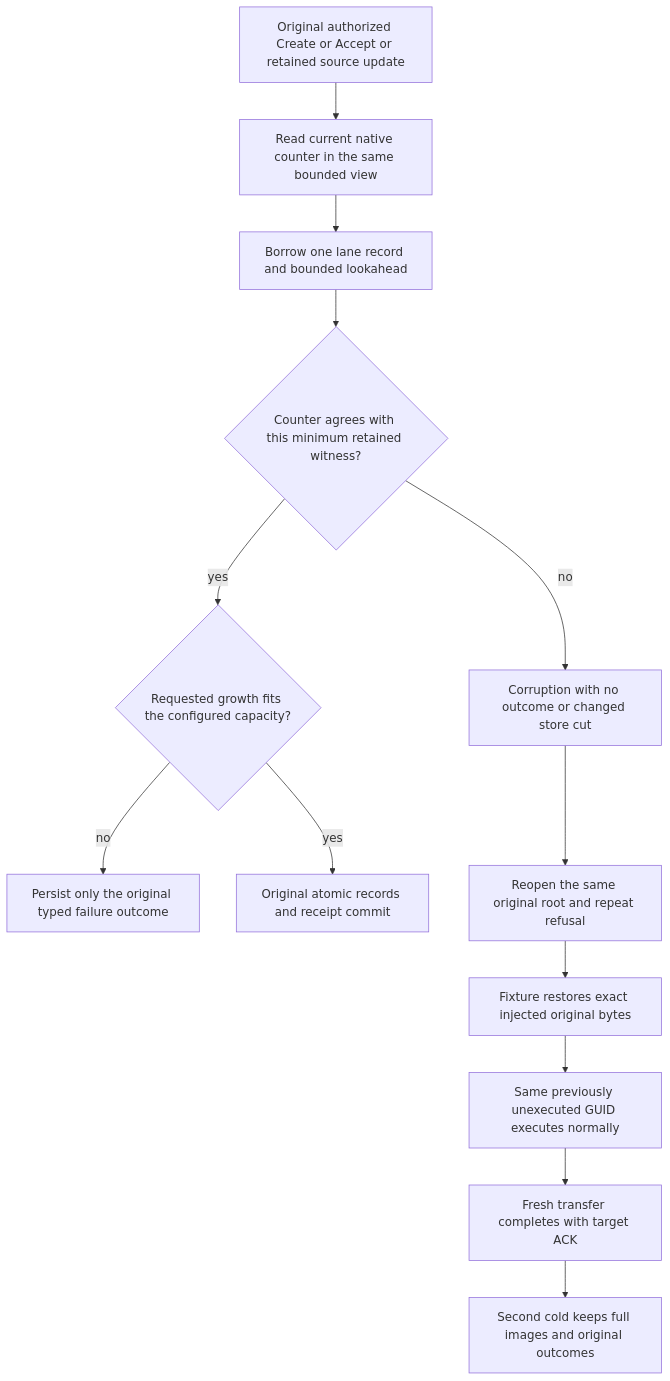
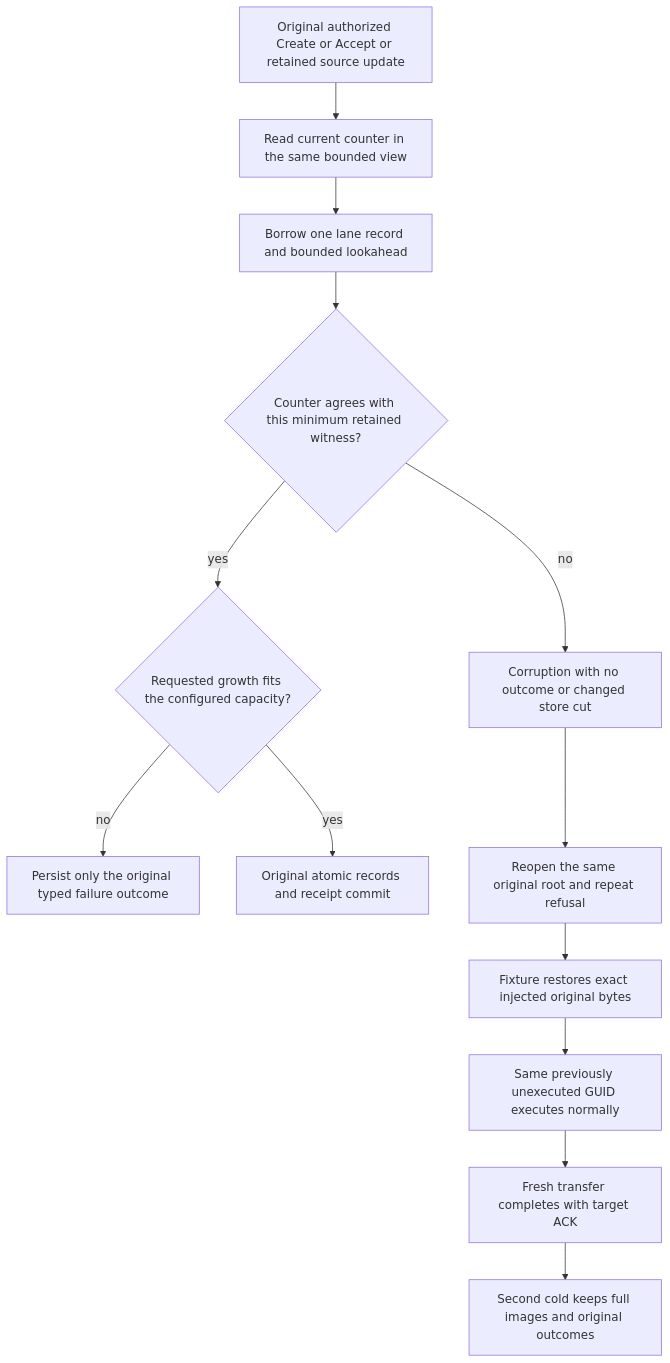
The diagram in docs/Features/Messaging/RemoteTransferCapacityAuthority.md (managedcode/KeyLoad), drawn with Mermaid before and after one commit. The commit also changed other lines of this file and 9016 other files, not shown here.

````diff
--- a/docs/Features/Messaging/RemoteTransferCapacityAuthority.md
+++ b/docs/Features/Messaging/RemoteTransferCapacityAuthority.md
@@ -5,15 +5,15 @@
 ```mermaid
 flowchart TD
-    Input[Original authorized Create or Accept or retained source update] --> Counter[Read current native counter in the same bounded view]
+    Input[Original authorized Create or Accept or retained source update] --> Counter[Read current counter in the same bounded view]
     Counter --> Witness[Borrow one lane record and bounded lookahead]
     Witness --> Valid{Counter agrees with this minimum retained witness?}
     Valid -->|no| Corrupt[Corruption with no outcome or changed store cut]
     Valid -->|yes| Capacity{Requested growth fits the configured capacity?}
     Capacity -->|no| Refuse[Persist only the original typed failure outcome]
     Capacity -->|yes| Commit[Original atomic records and receipt commit]
     Corrupt --> Cold[Reopen the same original root and repeat refusal]
     Cold --> Repair[Fixture restores exact injected original bytes]
     Repair --> Retry[Same previously unexecuted GUID executes normally]
     Retry --> Healthy[Fresh transfer completes with target ACK]
     Healthy --> SecondCold[Second cold keeps full images and original outcomes]
 ```
````
